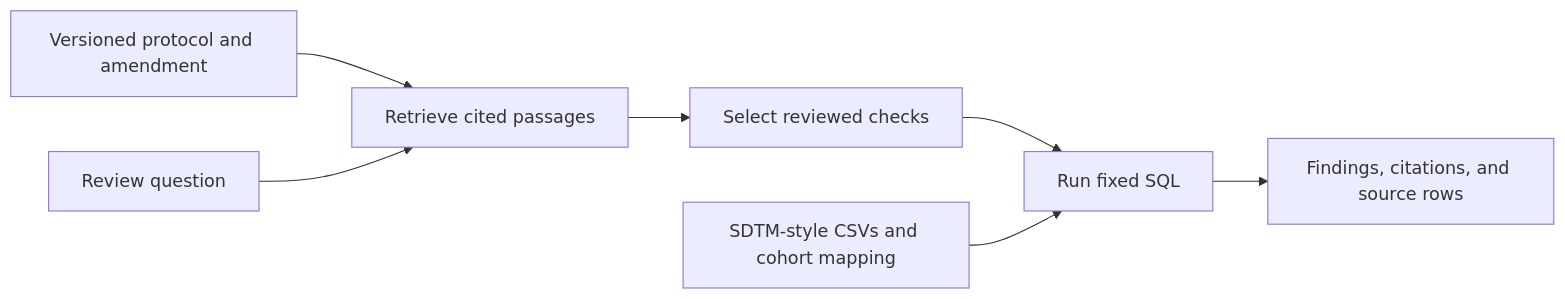
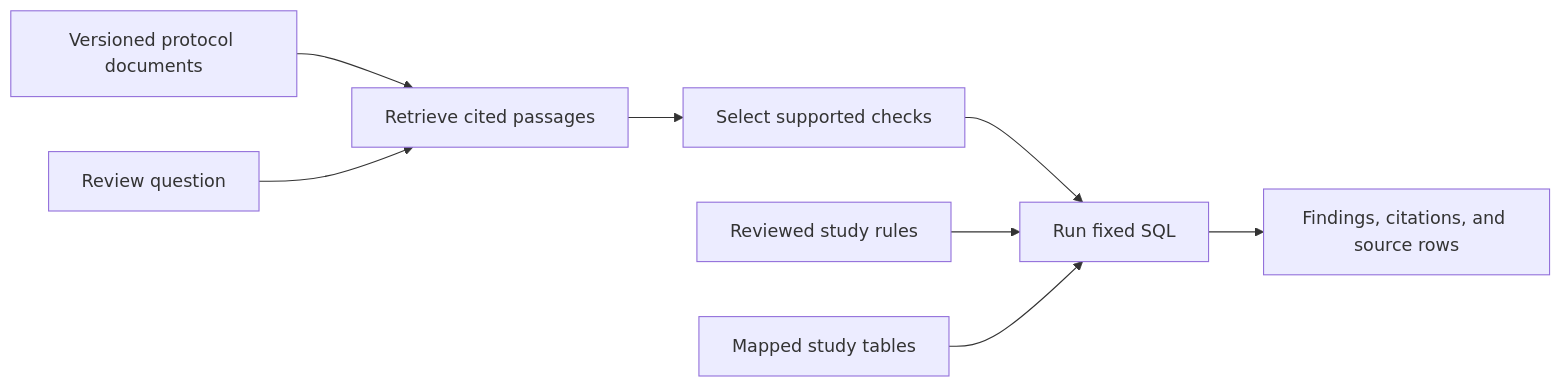
Before and after one commit to Gero1999/protocol-review-rag: the diagram in README.md, drawn with Mermaid. The commit also changed other lines of this file and 1 other file, not shown here.

Commit message:
Explain the architecture for protocol and dataset review

````diff
--- a/README.md
+++ b/README.md
@@ -40,9 +45,10 @@
 ```mermaid
 flowchart LR
-    Protocol["Versioned protocol and amendment"] --> Retrieval["Retrieve cited passages"]
+    Protocol["Versioned protocol documents"] --> Retrieval["Retrieve cited passages"]
     Question["Review question"] --> Retrieval
-    Retrieval --> Plan["Select reviewed checks"]
+    Retrieval --> Plan["Select supported checks"]
     Plan --> SQL["Run fixed SQL"]
-    Records["SDTM-style CSVs and cohort mapping"] --> SQL
+    Rules["Reviewed study rules"] --> SQL
+    Records["Mapped study tables"] --> SQL
     SQL --> Review["Findings, citations, and source rows"]
 ```
````
